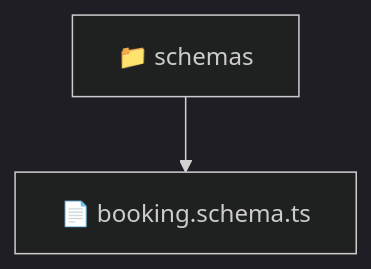
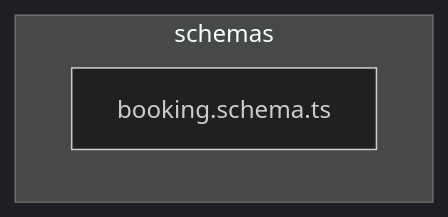
The diagram in backend/src/modules/booking/infrastructure/schemas/README.md (beginwebdev2002/fullstack-mavluda), drawn with Mermaid (dark theme) before and after one commit. The commit also changed other lines of this file and 163 other files, not shown here.

````diff
--- a/backend/src/modules/booking/infrastructure/schemas/README.md
+++ b/backend/src/modules/booking/infrastructure/schemas/README.md
@@ -9,5 +15,6 @@
 ```mermaid
 graph TD
-  Root["📁 schemas"]
-  Root --> booking_schema_ts["📄 booking.schema.ts"]
+  subgraph schemas
+    booking_schema_ts["booking.schema.ts"]
+  end
 ```
````
